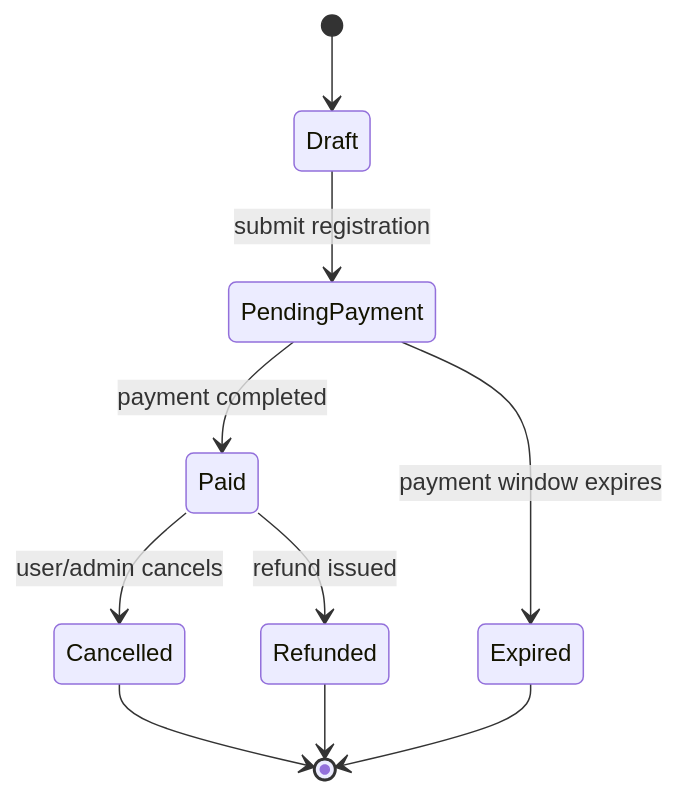
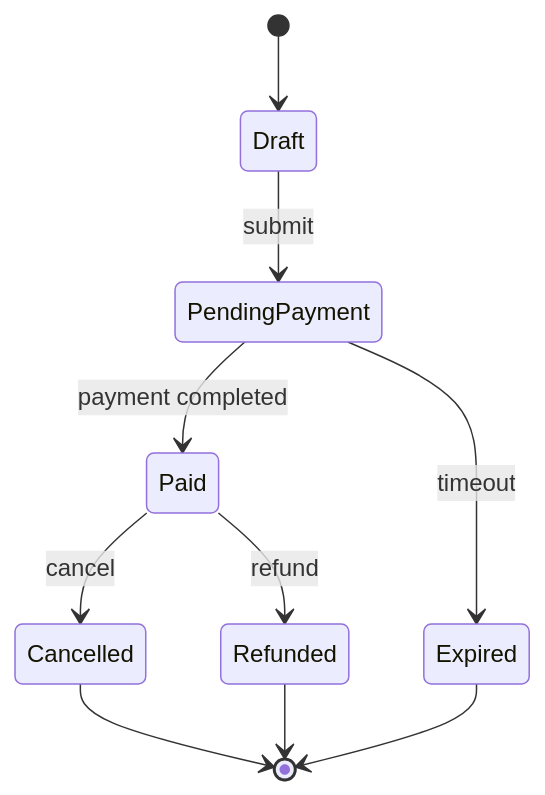
One commit to emanualjade/strike changed the third of 5 diagrams in plugins/strike/skills/system-visualizer/references/mermaid.md. Above: the diagram before and after it, drawn with Mermaid. The commit also changed other lines of this file and 21 other files, not shown here.

````diff
--- a/plugins/strike/skills/system-visualizer/references/mermaid.md
+++ b/plugins/strike/skills/system-visualizer/references/mermaid.md
@@ -103,12 +90,12 @@
 ```mermaid
 stateDiagram-v2
   [*] --> Draft
-  Draft --> PendingPayment: submit registration
+  Draft --> PendingPayment: submit
   PendingPayment --> Paid: payment completed
-  PendingPayment --> Expired: payment window expires
-  Paid --> Cancelled: user/admin cancels
-  Paid --> Refunded: refund issued
+  PendingPayment --> Expired: timeout
+  Paid --> Cancelled: cancel
+  Paid --> Refunded: refund
   Cancelled --> [*]
   Refunded --> [*]
   Expired --> [*]
 ```
````
